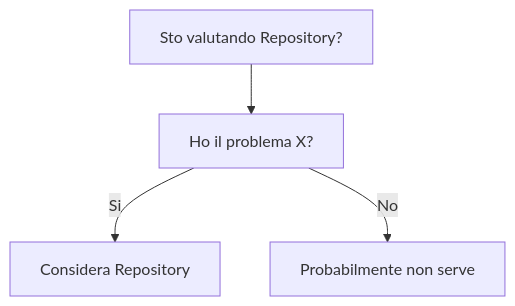
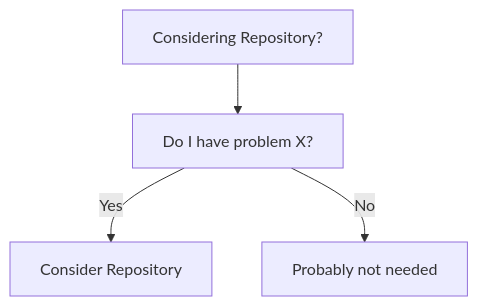
Before and after one commit to HxT9/Software-Dev-Wiki: the diagram in dev-wiki/03_Design_Patterns/Architectural/Repository/When_To_Use.md, drawn with Mermaid. The commit also changed other lines of this file and 3444 other files, not shown here.

````diff
--- a/dev-wiki/03_Design_Patterns/Architectural/Repository/When_To_Use.md
+++ b/dev-wiki/03_Design_Patterns/Architectural/Repository/When_To_Use.md
@@ -19,6 +19,6 @@
 ```mermaid
 flowchart TD
-  Q[Sto valutando Repository?] --> Q1[Ho il problema X?]
-  Q1 -->|Si| OK[Considera Repository]
-  Q1 -->|No| NO[Probabilmente non serve]
+  Q[Considering Repository?] --> Q1[Do I have problem X?]
+  Q1 -->|Yes| OK[Consider Repository]
+  Q1 -->|No| NO[Probably not needed]
 ```
````
